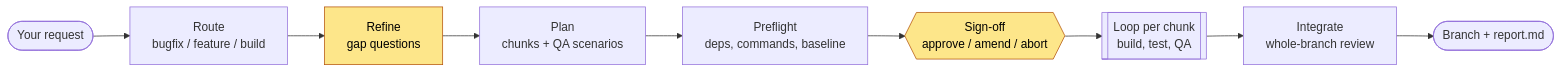
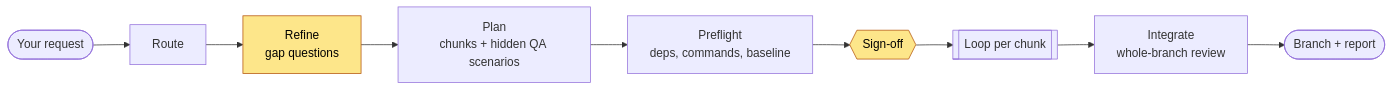
Before and after one commit to Hafiz408/dark-factory: the first of 2 diagrams in README.md, drawn with Mermaid. The commit also changed other lines of this file, not shown here.

First line of the commit message:
docs: minimal README with install, use, functionality and two diagrams

````diff
--- a/README.md
+++ b/README.md
@@ -32,14 +39,14 @@
 ```mermaid
 flowchart LR
-    A([Your request]) --> R[Route<br/>bugfix / feature / build]
+    A([Your request]) --> R[Route]
     R --> F[Refine<br/>gap questions]
-    F --> P[Plan<br/>chunks + QA scenarios]
+    F --> P[Plan<br/>chunks + hidden QA scenarios]
     P --> PF[Preflight<br/>deps, commands, baseline]
-    PF --> S{{Sign-off<br/>approve / amend / abort}}
-    S --> L[[Loop per chunk<br/>build, test, QA]]
+    PF --> S{{Sign-off}}
+    S --> L[[Loop per chunk]]
     L --> I[Integrate<br/>whole-branch review]
-    I --> O([Branch + report.md])
+    I --> O([Branch + report])
 
     classDef you fill:#fde68a,stroke:#b45309,color:#000
     class F,S you
 ```
````
